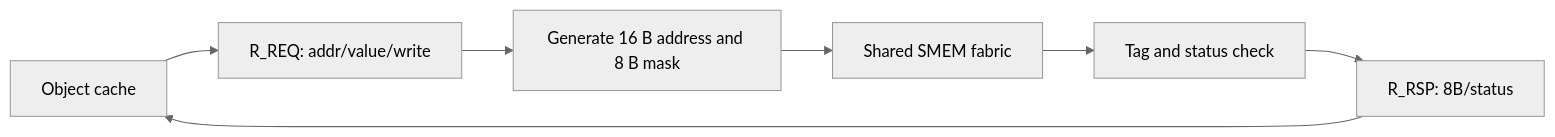
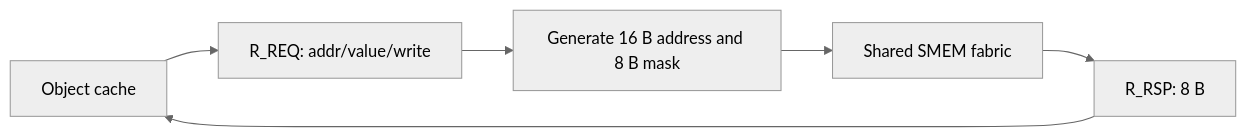
One commit to yuhin777/Allegro changed the diagram in doc/rtl_specs/mbarrier/blackwell_mbarrier_backing.md. Above: the diagram before and after it, drawn with Mermaid (neutral theme). The commit also changed other lines of this file and 27 other files, not shown here.

````diff
--- a/doc/rtl_specs/mbarrier/blackwell_mbarrier_backing.md
+++ b/doc/rtl_specs/mbarrier/blackwell_mbarrier_backing.md
@@ -18,9 +17,8 @@
 ```mermaid
 flowchart LR
   C["Object cache"] --> R[R_REQ: addr/value/write]
   R --> A["Generate 16 B address and 8 B mask"]
   A --> S["Shared SMEM fabric"]
-  S --> V["Tag and status check"]
-  V --> O[R_RSP: 8B/status]
+  S --> O[R_RSP: 8 B]
   O --> C
 ```
````
